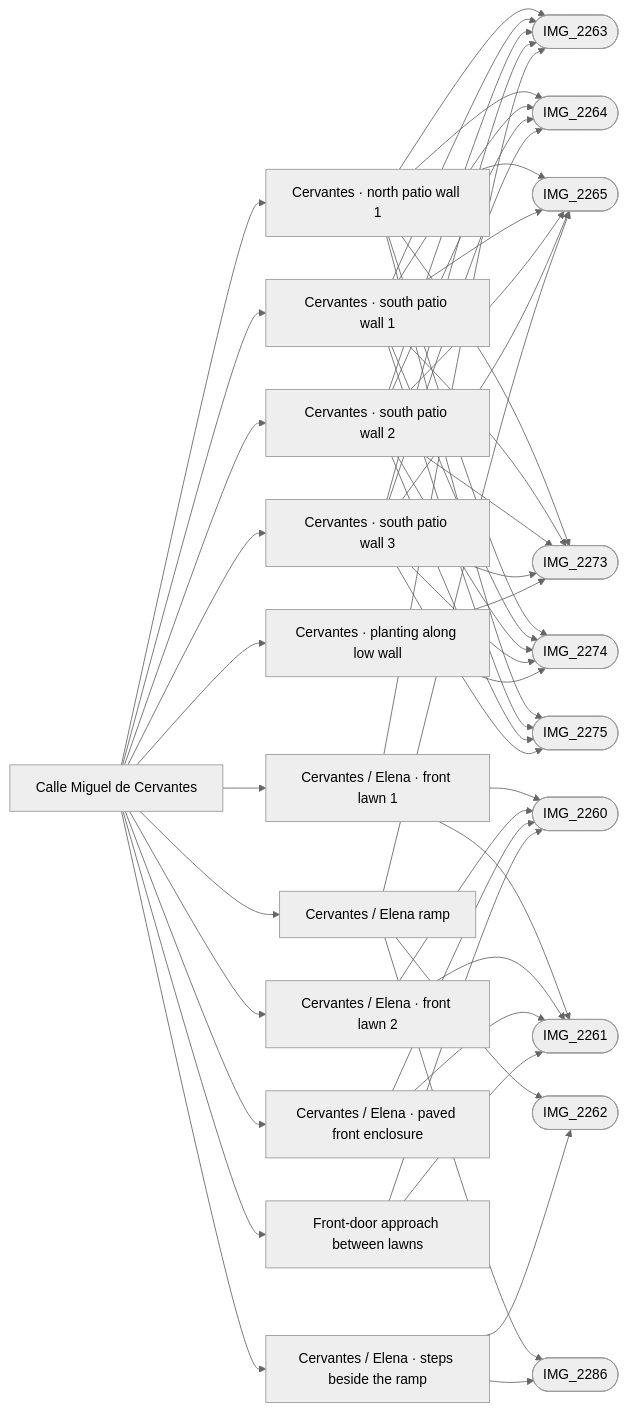
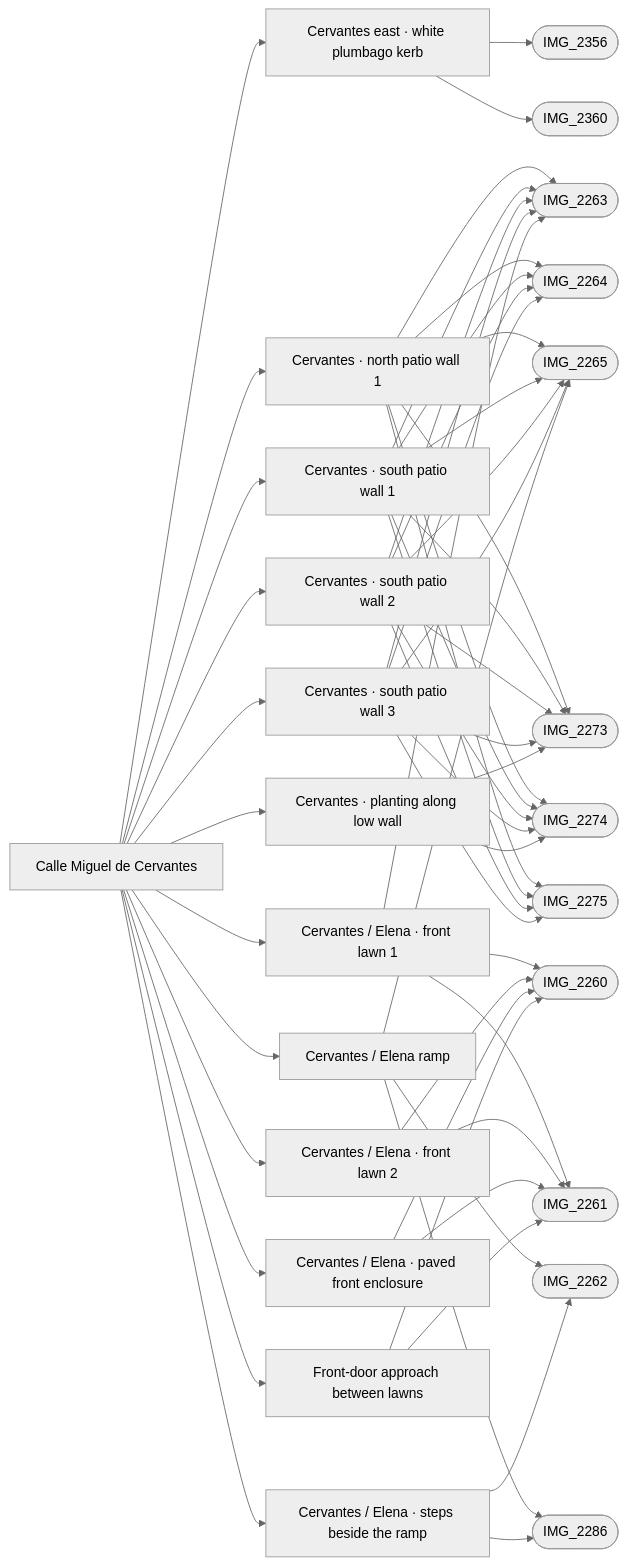
Before and after one commit to daveyboyc/villacana-venture: the diagram in refs/areas/cervantes.md, drawn with Mermaid (neutral theme). The commit also changed other lines of this file and 20 other files, not shown here.

Commit message:
feat: add bounded photo-backed Cervantes east plumbago kerb

````diff
--- a/refs/areas/cervantes.md
+++ b/refs/areas/cervantes.md
@@ -41,55 +42,58 @@
 ```mermaid
 graph LR
   A["Calle Miguel de Cervantes"]
-  A --> F0["Cervantes · north patio wall 1"]
-  F0 --> PIMG_2263_jpg(["IMG_2263"])
-  F0 --> PIMG_2264_jpg(["IMG_2264"])
-  F0 --> PIMG_2265_jpg(["IMG_2265"])
-  F0 --> PIMG_2273_jpg(["IMG_2273"])
-  F0 --> PIMG_2274_jpg(["IMG_2274"])
-  F0 --> PIMG_2275_jpg(["IMG_2275"])
-  A --> F1["Cervantes · south patio wall 1"]
+  A --> F0["Cervantes east · white plumbago kerb"]
+  F0 --> PIMG_2356_jpg(["IMG_2356"])
+  F0 --> PIMG_2360_jpg(["IMG_2360"])
+  A --> F1["Cervantes · north patio wall 1"]
   F1 --> PIMG_2263_jpg(["IMG_2263"])
   F1 --> PIMG_2264_jpg(["IMG_2264"])
   F1 --> PIMG_2265_jpg(["IMG_2265"])
   F1 --> PIMG_2273_jpg(["IMG_2273"])
   F1 --> PIMG_2274_jpg(["IMG_2274"])
   F1 --> PIMG_2275_jpg(["IMG_2275"])
-  A --> F2["Cervantes · south patio wall 2"]
+  A --> F2["Cervantes · south patio wall 1"]
   F2 --> PIMG_2263_jpg(["IMG_2263"])
   F2 --> PIMG_2264_jpg(["IMG_2264"])
   F2 --> PIMG_2265_jpg(["IMG_2265"])
   F2 --> PIMG_2273_jpg(["IMG_2273"])
   F2 --> PIMG_2274_jpg(["IMG_2274"])
   F2 --> PIMG_2275_jpg(["IMG_2275"])
-  A --> F3["Cervantes · south patio wall 3"]
+  A --> F3["Cervantes · south patio wall 2"]
   F3 --> PIMG_2263_jpg(["IMG_2263"])
   F3 --> PIMG_2264_jpg(["IMG_2264"])
   F3 --> PIMG_2265_jpg(["IMG_2265"])
   F3 --> PIMG_2273_jpg(["IMG_2273"])
   F3 --> PIMG_2274_jpg(["IMG_2274"])
   F3 --> PIMG_2275_jpg(["IMG_2275"])
-  A --> F4["Cervantes / Elena · front lawn 1"]
-  F4 --> PIMG_2260_jpg(["IMG_2260"])
-  F4 --> PIMG_2261_jpg(["IMG_2261"])
+  A --> F4["Cervantes · south patio wall 3"]
   F4 --> PIMG_2263_jpg(["IMG_2263"])
-  A --> F5["Cervantes / Elena · front lawn 2"]
+  F4 --> PIMG_2264_jpg(["IMG_2264"])
+  F4 --> PIMG_2265_jpg(["IMG_2265"])
+  F4 --> PIMG_2273_jpg(["IMG_2273"])
+  F4 --> PIMG_2274_jpg(["IMG_2274"])
+  F4 --> PIMG_2275_jpg(["IMG_2275"])
+  A --> F5["Cervantes / Elena · front lawn 1"]
   F5 --> PIMG_2260_jpg(["IMG_2260"])
   F5 --> PIMG_2261_jpg(["IMG_2261"])
-  A --> F6["Cervantes / Elena · paved front enclosure"]
+  F5 --> PIMG_2263_jpg(["IMG_2263"])
+  A --> F6["Cervantes / Elena · front lawn 2"]
   F6 --> PIMG_2260_jpg(["IMG_2260"])
   F6 --> PIMG_2261_jpg(["IMG_2261"])
-  A --> F7["Front-door approach between lawns"]
+  A --> F7["Cervantes / Elena · paved front enclosure"]
   F7 --> PIMG_2260_jpg(["IMG_2260"])
   F7 --> PIMG_2261_jpg(["IMG_2261"])
-  A --> F8["Cervantes · planting along low wall"]
-  F8 --> PIMG_2273_jpg(["IMG_2273"])
-  F8 --> PIMG_2274_jpg(["IMG_2274"])
-  A --> F9["Cervantes / Elena ramp"]
-  F9 --> PIMG_2262_jpg(["IMG_2262"])
-  F9 --> PIMG_2265_jpg(["IMG_2265"])
-  F9 --> PIMG_2286_jpg(["IMG_2286"])
-  A --> F10["Cervantes / Elena · steps beside the ramp"]
+  A --> F8["Front-door approach between lawns"]
+  F8 --> PIMG_2260_jpg(["IMG_2260"])
+  F8 --> PIMG_2261_jpg(["IMG_2261"])
+  A --> F9["Cervantes · planting along low wall"]
+  F9 --> PIMG_2273_jpg(["IMG_2273"])
+  F9 --> PIMG_2274_jpg(["IMG_2274"])
+  A --> F10["Cervantes / Elena ramp"]
   F10 --> PIMG_2262_jpg(["IMG_2262"])
+  F10 --> PIMG_2265_jpg(["IMG_2265"])
   F10 --> PIMG_2286_jpg(["IMG_2286"])
+  A --> F11["Cervantes / Elena · steps beside the ramp"]
+  F11 --> PIMG_2262_jpg(["IMG_2262"])
+  F11 --> PIMG_2286_jpg(["IMG_2286"])
 ```
````
